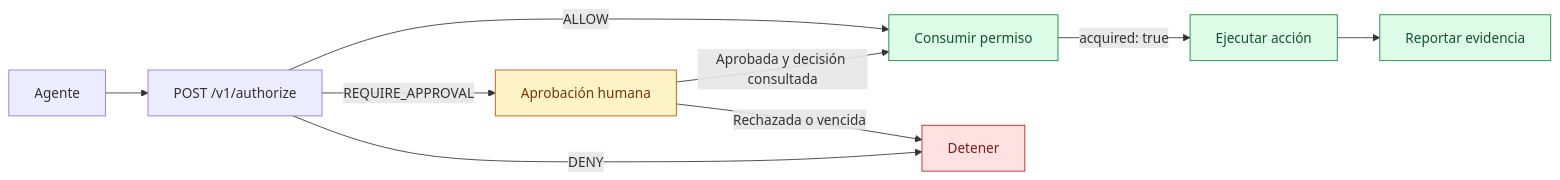
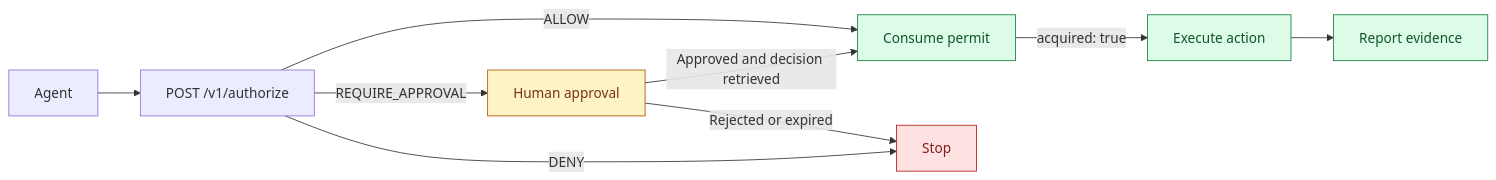
Before and after one commit to juliansprt/DeleGuard: the diagram in README.md, drawn with Mermaid. The commit also changed other lines of this file and 2 other files, not shown here.

````diff
--- a/README.md
+++ b/README.md
@@ -144,17 +144,17 @@
 ```mermaid
 flowchart LR
-    Agent[Agente] --> PDP["POST /v1/authorize"]
-    PDP -->|ALLOW| Permit[Consumir permiso]
-    PDP -->|REQUIRE_APPROVAL| Human[Aprobación humana]
-    PDP -->|DENY| Stop[Detener]
-    Human -->|Aprobada y decisión consultada| Permit
-    Human -->|Rechazada o vencida| Stop
-    Permit -->|"acquired: true"| Execute[Ejecutar acción]
-    Execute --> Evidence[Reportar evidencia]
+    Agent[Agent] --> PDP["POST /v1/authorize"]
+    PDP -->|ALLOW| Permit[Consume permit]
+    PDP -->|REQUIRE_APPROVAL| Human[Human approval]
+    PDP -->|DENY| Stop[Stop]
+    Human -->|Approved and decision retrieved| Permit
+    Human -->|Rejected or expired| Stop
+    Permit -->|"acquired: true"| Execute[Execute action]
+    Execute --> Evidence[Report evidence]
     classDef allow fill:#dcfce7,stroke:#15803d,color:#14532d
     classDef approval fill:#fef3c7,stroke:#b45309,color:#78350f
     classDef deny fill:#fee2e2,stroke:#b91c1c,color:#7f1d1d
     class Permit,Execute,Evidence allow
     class Human approval
     class Stop deny
 ```
````
